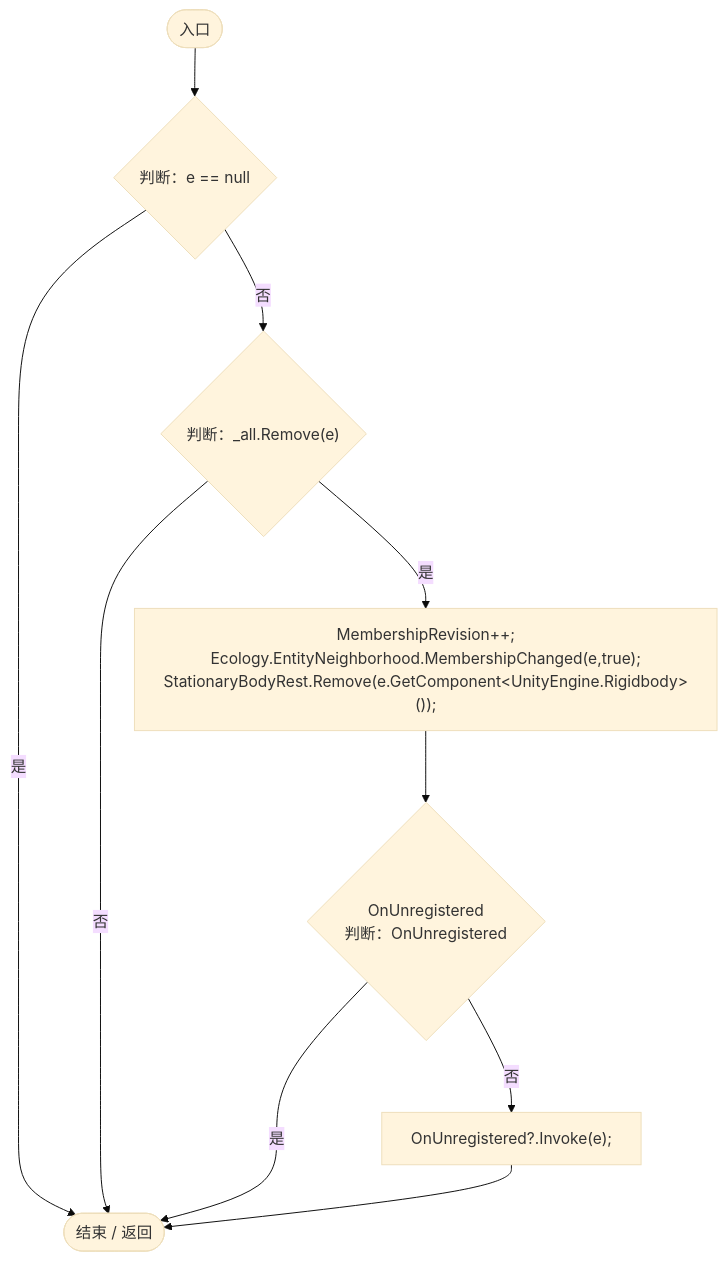
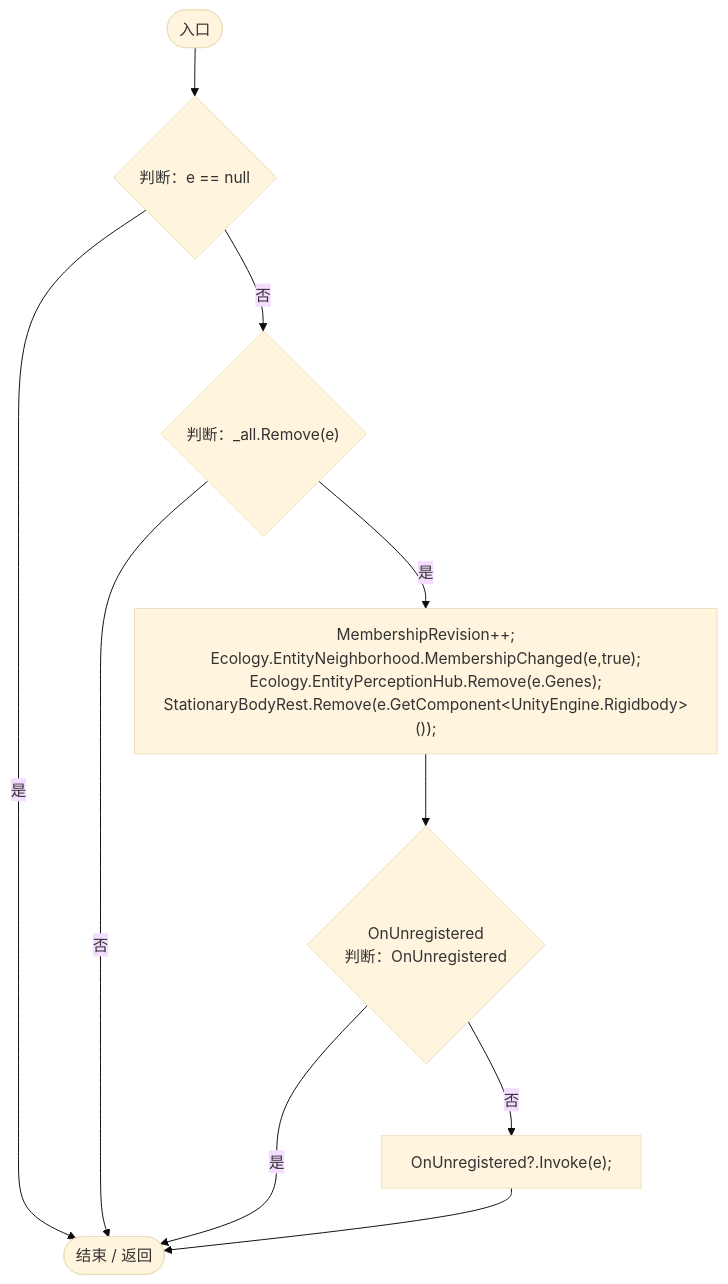
Before and after one commit to xhs6666/Darwin_paradise: the fifth of 6 diagrams in Docs/运行流程图/脚本/2093aaf08559c9f2.md, drawn with Mermaid (base theme). The commit also changed other lines of this file and 219 other files, not shown here.

````diff
--- a/Docs/运行流程图/脚本/2093aaf08559c9f2.md
+++ b/Docs/运行流程图/脚本/2093aaf08559c9f2.md
@@ -116,20 +116,20 @@
 ```mermaid
 flowchart TD
   b0(["入口"])
   b1{"判断：e == null"}
   b2{"判断：_all.Remove(e)"}
-  b3["MembershipRevision++;<br/>Ecology.EntityNeighborhood.MembershipChanged(e,true);<br/>StationaryBodyRest.Remove(e.GetComponent&lt;UnityEngine.Rigidbody&gt;());"]
+  b3["MembershipRevision++;<br/>Ecology.EntityNeighborhood.MembershipChanged(e,true);<br/>Ecology.EntityPerceptionHub.Remove(e.Genes);<br/>StationaryBodyRest.Remove(e.GetComponent&lt;UnityEngine.Rigidbody&gt;());"]
   b4{"OnUnregistered<br/>判断：OnUnregistered"}
   b5["OnUnregistered?.Invoke(e);"]
   b6(["结束 / 返回"])
   b0 --> b1
   b1 -->|"否"| b2
   b1 -->|"是"| b6
   b2 -->|"否"| b6
   b2 -->|"是"| b3
   b3 --> b4
   b4 -->|"否"| b5
   b4 -->|"是"| b6
   b5 --> b6
 
 ```
````
